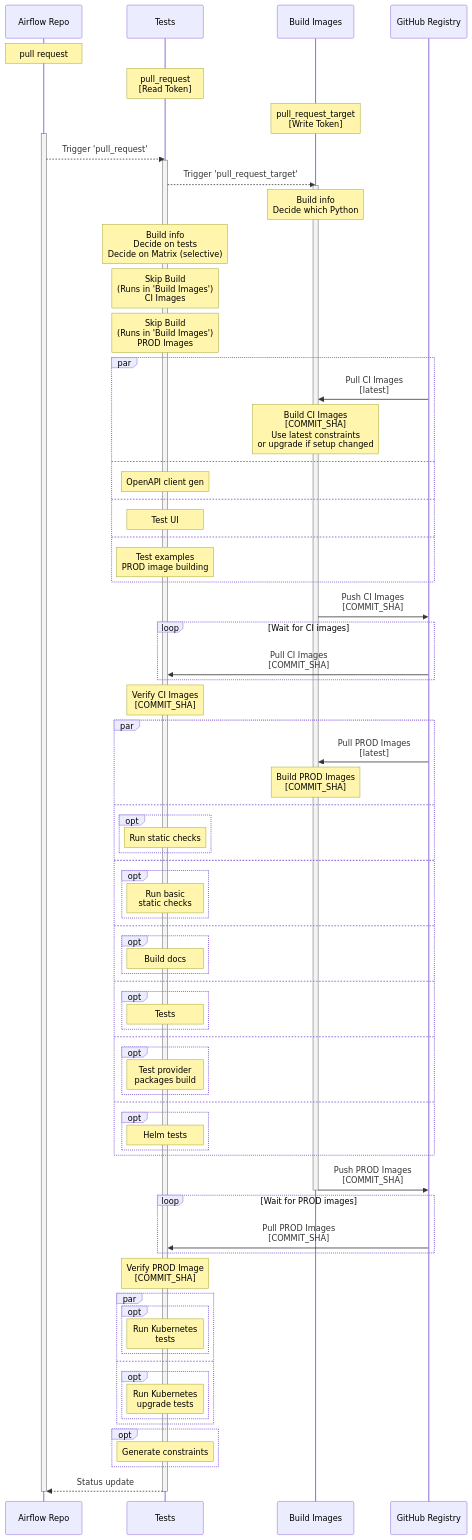
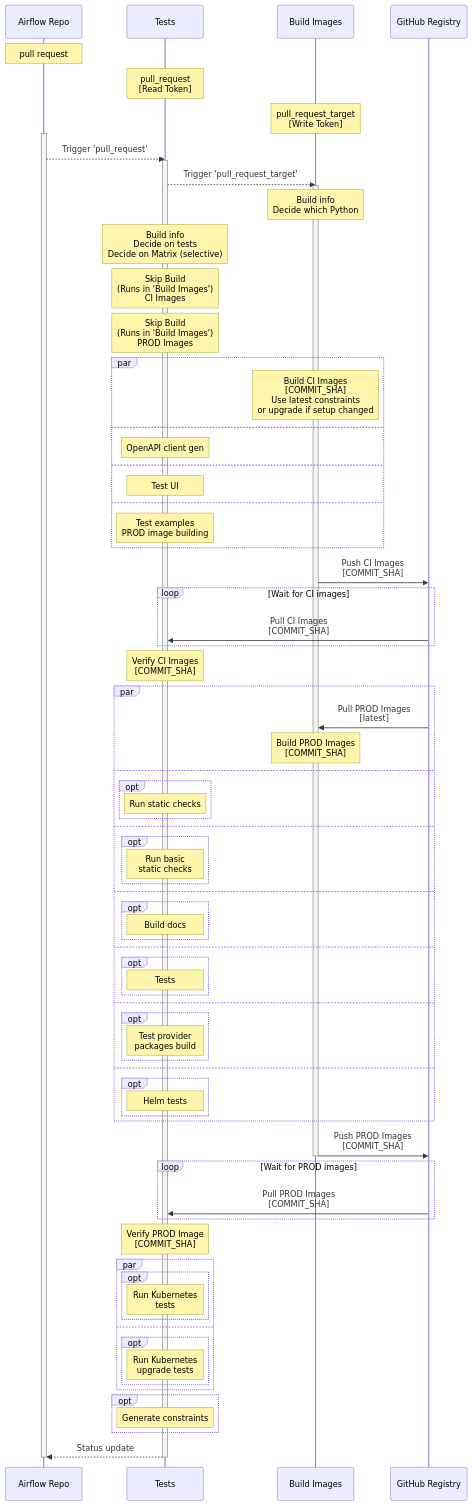
Before and after one commit to GoogleCloudPlatform/composer-airflow: the first of 4 diagrams in CI_DIAGRAMS.md, drawn with Mermaid. The commit also changed other lines of this file and 2 other files, not shown here.

First line of the commit message:
Enable pushing early image cache to ghcr.io registry (#26119)

````diff
--- a/CI_DIAGRAMS.md
+++ b/CI_DIAGRAMS.md
@@ -26,79 +26,78 @@
 ```mermaid
 sequenceDiagram
     Note over Airflow Repo: pull request
     Note over Tests: pull_request<br>[Read Token]
     Note over Build Images: pull_request_target<br>[Write Token]
     activate Airflow Repo
     Airflow Repo -->> Tests: Trigger 'pull_request'
     activate Tests
     Tests -->> Build Images: Trigger 'pull_request_target'
     activate Build Images
     Note over Build Images: Build info<br>Decide which Python
     Note over Tests: Build info<br>Decide on tests<br>Decide on Matrix (selective)
     Note over Tests: Skip Build<br>(Runs in 'Build Images')<br>CI Images
     Note over Tests: Skip Build<br>(Runs in 'Build Images')<br>PROD Images
     par
-        GitHub Registry ->> Build Images: Pull CI Images<br>[latest]
         Note over Build Images: Build CI Images<br>[COMMIT_SHA]<br>Use latest constraints<br>or upgrade if setup changed
     and
         Note over Tests: OpenAPI client gen
     and
         Note over Tests: Test UI
     and
         Note over Tests: Test examples<br>PROD image building
     end
     Build Images ->> GitHub Registry: Push CI Images<br>[COMMIT_SHA]
     loop Wait for CI images
         GitHub Registry ->> Tests: Pull CI Images<br>[COMMIT_SHA]
     end
     Note over Tests: Verify CI Images<br>[COMMIT_SHA]
     par
         GitHub Registry ->> Build Images: Pull PROD Images<br>[latest]
         Note over Build Images: Build PROD Images<br>[COMMIT_SHA]
     and
         opt
             Note over Tests: Run static checks
         end
     and
         opt
             Note over Tests: Run basic <br>static checks
         end
     and
         opt
             Note over Tests: Build docs
         end
     and
         opt
             Note over Tests: Tests
         end
     and
         opt
             Note over Tests: Test provider <br>packages build
         end
     and
         opt
             Note over Tests: Helm tests
         end
     end
     Build Images ->> GitHub Registry: Push PROD Images<br>[COMMIT_SHA]
     deactivate Build Images
     loop Wait for PROD images
         GitHub Registry ->> Tests: Pull PROD Images<br>[COMMIT_SHA]
     end
     Note over Tests: Verify PROD Image<br>[COMMIT_SHA]
     par
         opt
             Note over Tests: Run Kubernetes<br>tests
         end
     and
         opt
             Note over Tests: Run Kubernetes<br>upgrade tests
         end
     end
     opt
         Note over Tests: Generate constraints
     end
     Tests -->> Airflow Repo: Status update
     deactivate Airflow Repo
     deactivate Tests
 ```
````
